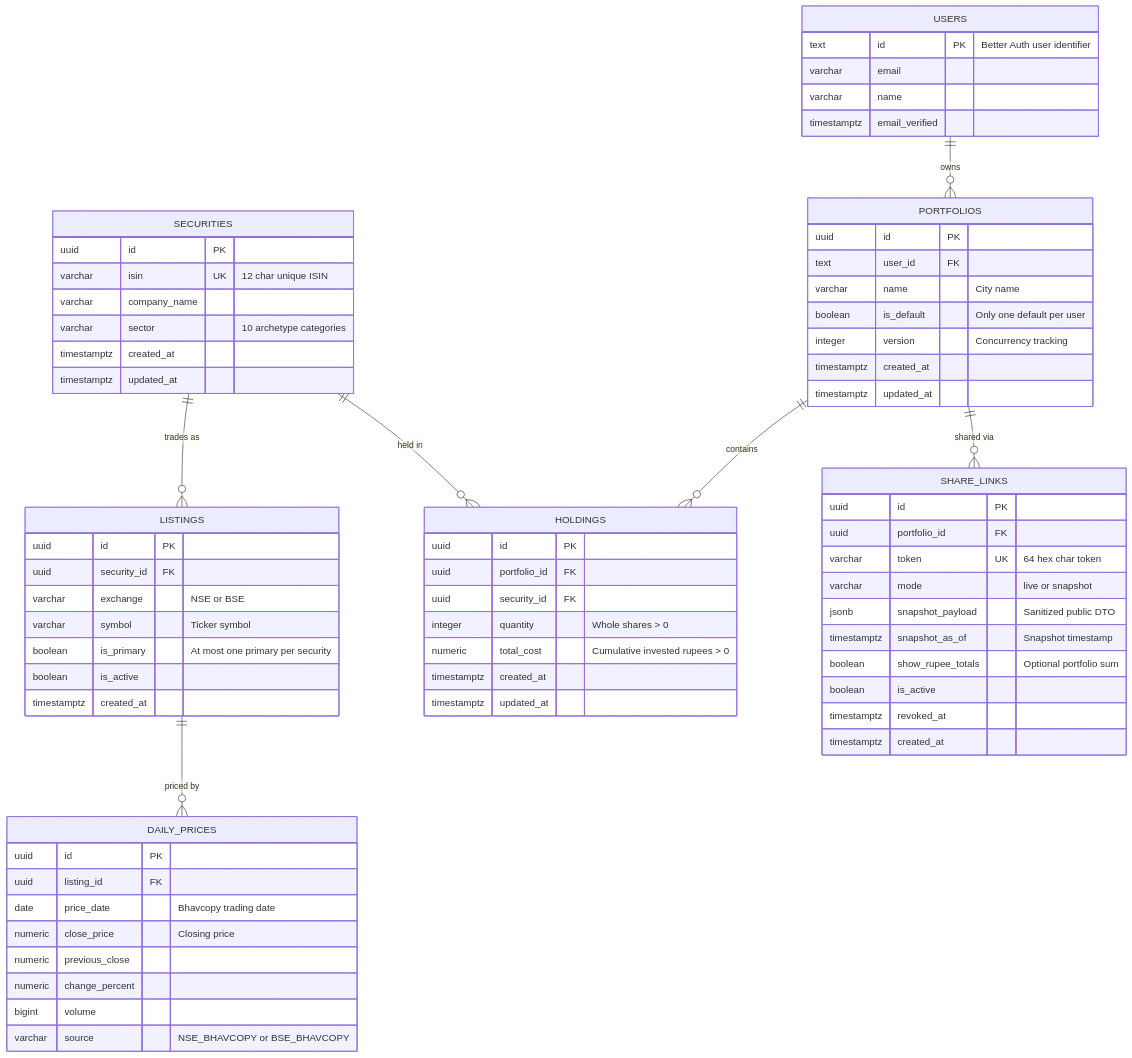
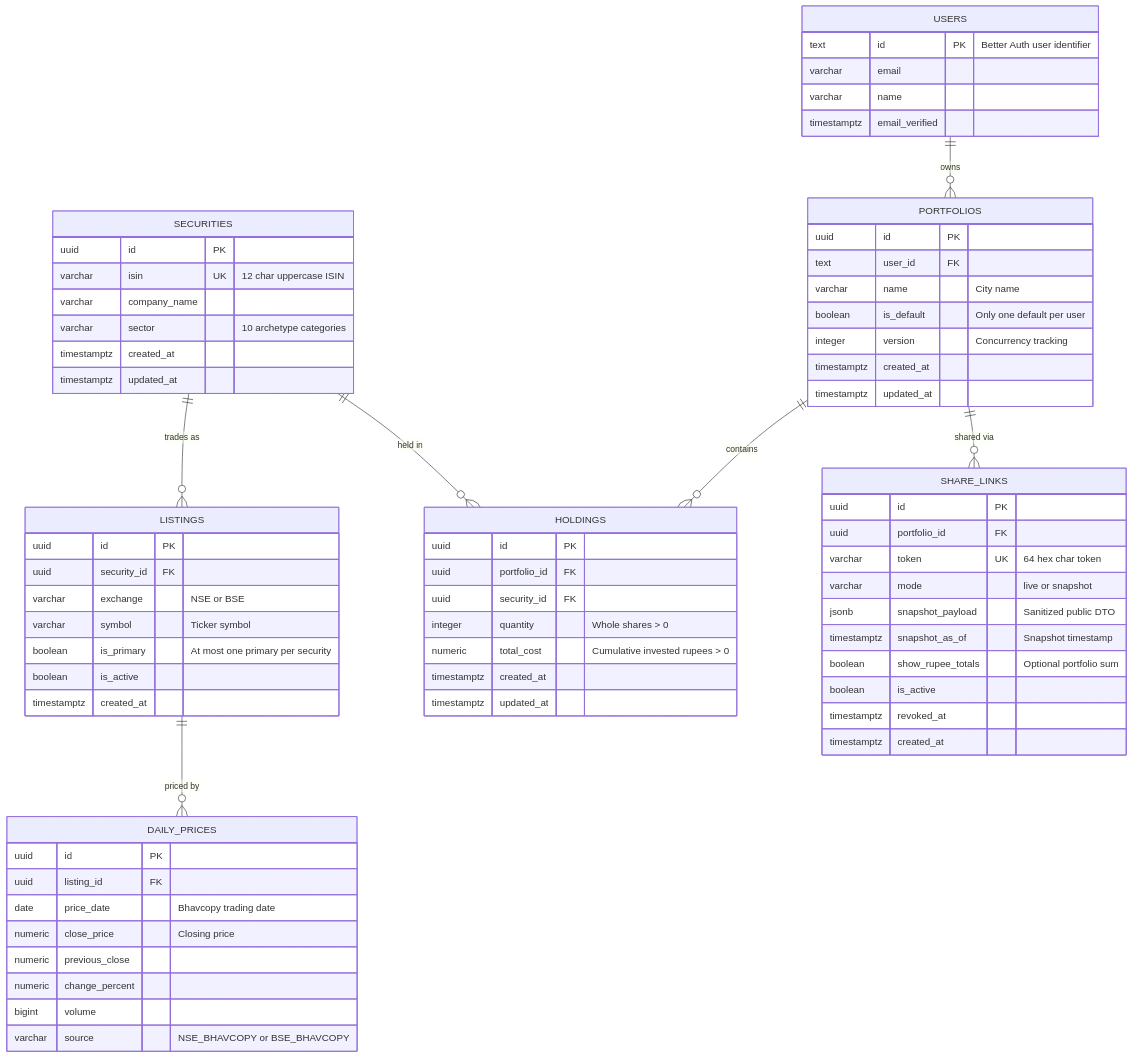
The first of 4 diagrams in foliocity-data-model-diagrams.md (shubhamxdd/sto-viz), drawn with Mermaid before and after one commit. The commit also changed other lines of this file and 1 other file, not shown here.

````diff
--- a/foliocity-data-model-diagrams.md
+++ b/foliocity-data-model-diagrams.md
@@ -7,79 +7,79 @@
 ```mermaid
 erDiagram
     SECURITIES ||--o{ LISTINGS : "trades as"
     SECURITIES ||--o{ HOLDINGS : "held in"
     LISTINGS ||--o{ DAILY_PRICES : "priced by"
     USERS ||--o{ PORTFOLIOS : "owns"
     PORTFOLIOS ||--o{ HOLDINGS : "contains"
     PORTFOLIOS ||--o{ SHARE_LINKS : "shared via"
 
     SECURITIES {
         uuid id PK
-        varchar isin UK "12 char unique ISIN"
+        varchar isin UK "12 char uppercase ISIN"
         varchar company_name
         varchar sector "10 archetype categories"
         timestamptz created_at
         timestamptz updated_at
     }
 
     LISTINGS {
         uuid id PK
         uuid security_id FK
         varchar exchange "NSE or BSE"
         varchar symbol "Ticker symbol"
         boolean is_primary "At most one primary per security"
         boolean is_active
         timestamptz created_at
     }
 
     DAILY_PRICES {
         uuid id PK
         uuid listing_id FK
         date price_date "Bhavcopy trading date"
         numeric close_price "Closing price"
         numeric previous_close
         numeric change_percent
         bigint volume
         varchar source "NSE_BHAVCOPY or BSE_BHAVCOPY"
     }
 
     USERS {
         text id PK "Better Auth user identifier"
         varchar email
         varchar name
         timestamptz email_verified
     }
 
     PORTFOLIOS {
         uuid id PK
         text user_id FK
         varchar name "City name"
         boolean is_default "Only one default per user"
         integer version "Concurrency tracking"
         timestamptz created_at
         timestamptz updated_at
     }
 
     HOLDINGS {
         uuid id PK
         uuid portfolio_id FK
         uuid security_id FK
         integer quantity "Whole shares > 0"
         numeric total_cost "Cumulative invested rupees > 0"
         timestamptz created_at
         timestamptz updated_at
     }
 
     SHARE_LINKS {
         uuid id PK
         uuid portfolio_id FK
         varchar token UK "64 hex char token"
         varchar mode "live or snapshot"
         jsonb snapshot_payload "Sanitized public DTO"
         timestamptz snapshot_as_of "Snapshot timestamp"
         boolean show_rupee_totals "Optional portfolio sum"
         boolean is_active
         timestamptz revoked_at
         timestamptz created_at
     }
 ```
````
